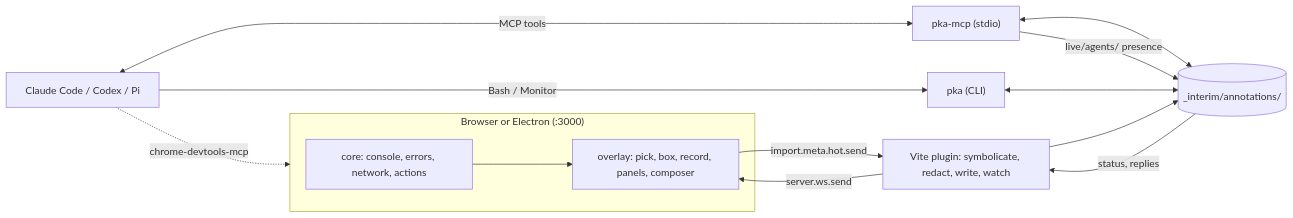
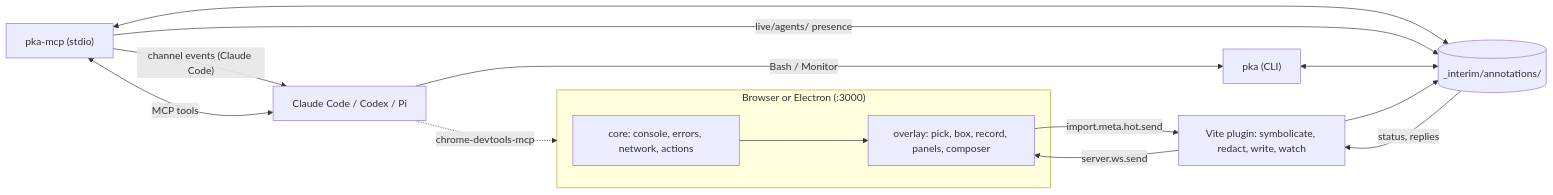
The diagram in docs/DESIGN.md (pbkimdev/pk-annotator), drawn with Mermaid before and after one commit. The commit also changed other lines of this file and 7 other files, not shown here.

First line of the commit message:
Push sent annotations into Claude Code sessions as channel events

````diff
--- a/docs/DESIGN.md
+++ b/docs/DESIGN.md
@@ -146,18 +146,19 @@
 ```mermaid
 flowchart LR
   subgraph Page["Browser or Electron (:3000)"]
     Core["core: console, errors, network, actions"]
     UI["overlay: pick, box, record, panels, composer"]
     Core --> UI
   end
   UI -- "import.meta.hot.send" --> Plugin["Vite plugin: symbolicate, redact, write, watch"]
   Plugin --> Store[("_interim/annotations/")]
   Store -- "status, replies" --> Plugin
   Plugin -- "server.ws.send" --> UI
   MCP["pka-mcp (stdio)"] <--> Store
   CLI["pka (CLI)"] <--> Store
   MCP -- "live/agents/ presence" --> Store
   Agent["Claude Code / Codex / Pi"] <-- "MCP tools" --> MCP
+  MCP -- "channel events (Claude Code)" --> Agent
   Agent -- "Bash / Monitor" --> CLI
   Agent -. "chrome-devtools-mcp" .-> Page
 ```
````
